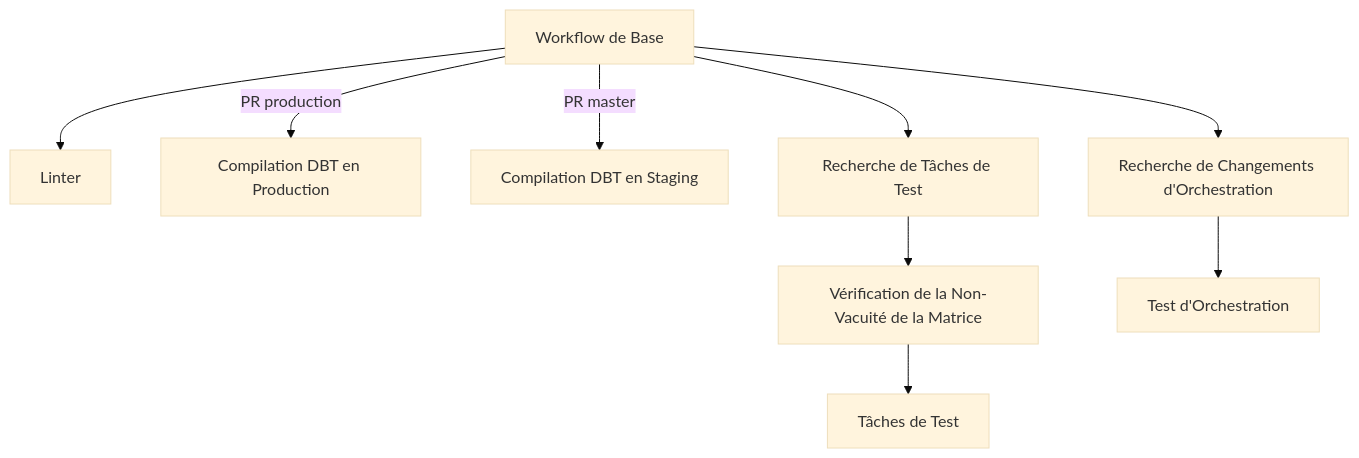
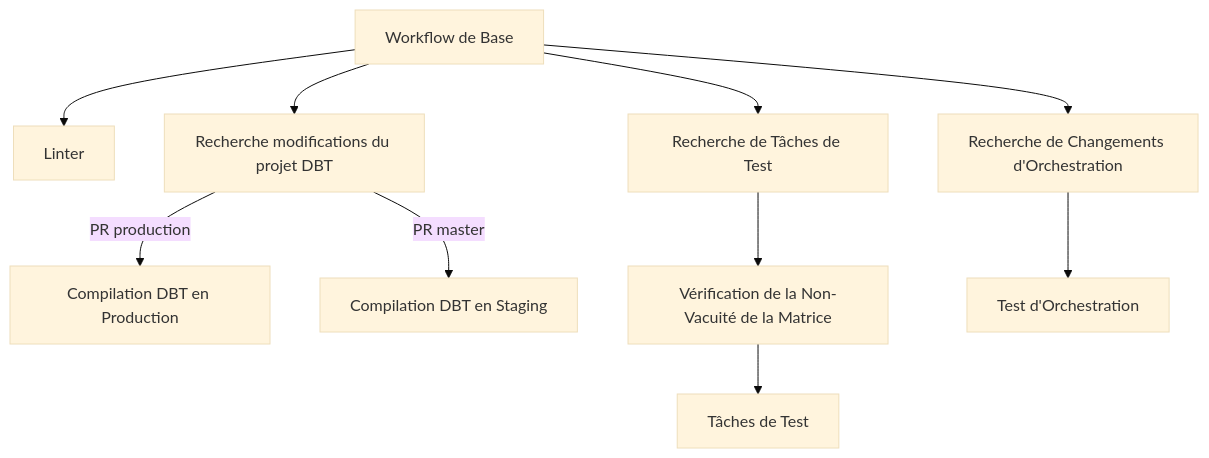
Before and after one commit to pass-culture/data-gcp: the first of 2 diagrams in README.md, drawn with Mermaid (base theme). The commit also changed other lines of this file, not shown here.

````diff
--- a/README.md
+++ b/README.md
@@ -154,11 +158,12 @@
 ```mermaid
 graph TD;
     A[Workflow de Base] --> B[Linter]
-    A -->|PR production| C[Compilation DBT en Production]
-    A -->|PR master| D[Compilation DBT en Staging]
+    A --> AA[Recherche modifications du projet DBT]
+    AA -->|PR production| C[Compilation DBT en Production]
+    AA -->|PR master| D[Compilation DBT en Staging]
     A --> E[Recherche de Tâches de Test]
     E --> F[Vérification de la Non-Vacuité de la Matrice]
     F --> G[Tâches de Test]
     A --> H[Recherche de Changements d'Orchestration]
     H --> I[Test d'Orchestration]
 ```
````
